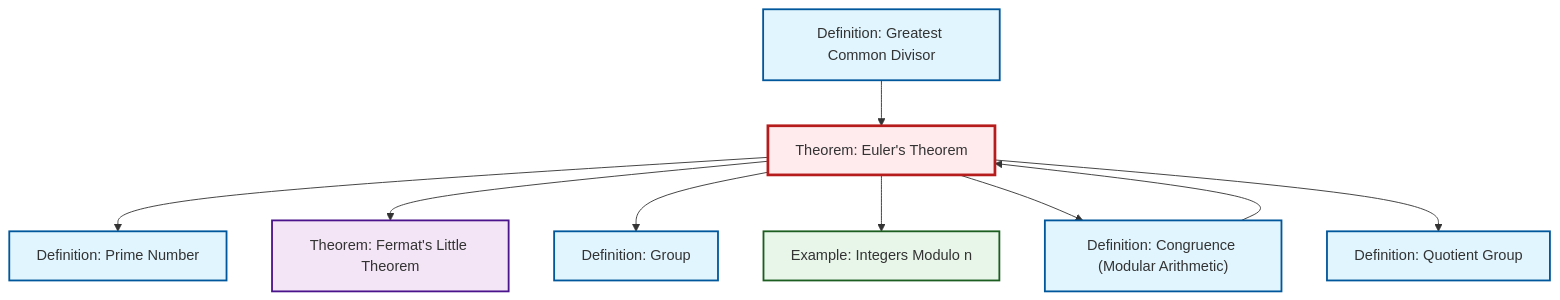
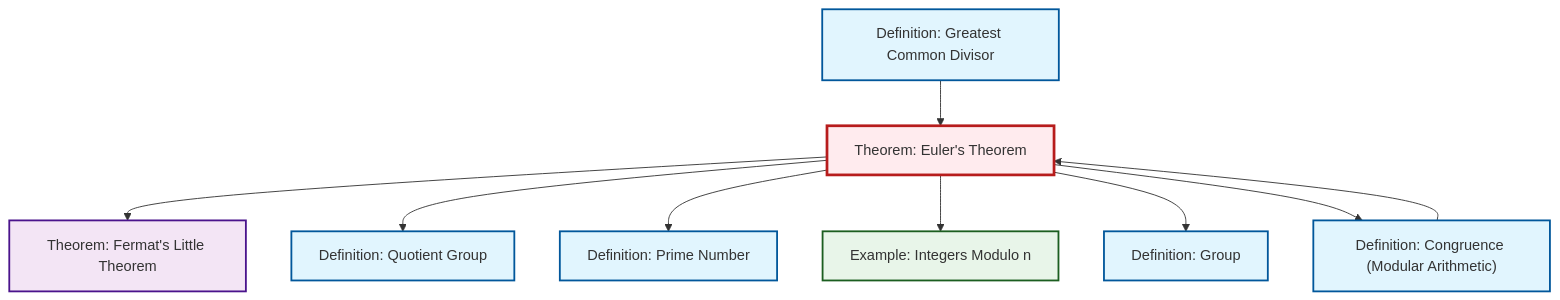
Before and after one commit to RK0429/ModernMath: the diagram in output/mermaid/thm-euler.mermaid, drawn with Mermaid. The commit also changed other lines of this file and 1914 other files, not shown here.

```diff
--- a/output/mermaid/thm-euler.mermaid
+++ b/output/mermaid/thm-euler.mermaid
@@ -1,24 +1,24 @@
 %%| fig-cap: "Local dependency graph"
 graph TD
     classDef definition fill:#e1f5fe,stroke:#01579b,stroke-width:2px
     classDef theorem fill:#f3e5f5,stroke:#4a148c,stroke-width:2px
     classDef axiom fill:#fff3e0,stroke:#e65100,stroke-width:2px
     classDef example fill:#e8f5e9,stroke:#1b5e20,stroke-width:2px
     classDef current fill:#ffebee,stroke:#b71c1c,stroke-width:3px
+    def-gcd["Definition: Greatest Common Divisor"]:::definition
+    thm-fermat-little["Theorem: Fermat's Little Theorem"]:::theorem
+    def-congruence["Definition: Congruence (Modular Arithmetic)"]:::definition
+    def-group["Definition: Group"]:::definition
+    def-prime["Definition: Prime Number"]:::definition
     def-quotient-group["Definition: Quotient Group"]:::definition
-    def-gcd["Definition: Greatest Common Divisor"]:::definition
-    def-prime["Definition: Prime Number"]:::definition
+    thm-euler["Theorem: Euler's Theorem"]:::theorem
     ex-quotient-integers-mod-n["Example: Integers Modulo n"]:::example
-    thm-euler["Theorem: Euler's Theorem"]:::theorem
-    def-congruence["Definition: Congruence (Modular Arithmetic)"]:::definition
-    thm-fermat-little["Theorem: Fermat's Little Theorem"]:::theorem
-    def-group["Definition: Group"]:::definition
     def-congruence --> thm-euler
+    thm-euler --> thm-fermat-little
+    thm-euler --> def-quotient-group
     thm-euler --> def-prime
-    thm-euler --> thm-fermat-little
+    thm-euler --> ex-quotient-integers-mod-n
     thm-euler --> def-group
-    thm-euler --> ex-quotient-integers-mod-n
+    def-gcd --> thm-euler
     thm-euler --> def-congruence
-    thm-euler --> def-quotient-group
-    def-gcd --> thm-euler
     class thm-euler current
```
